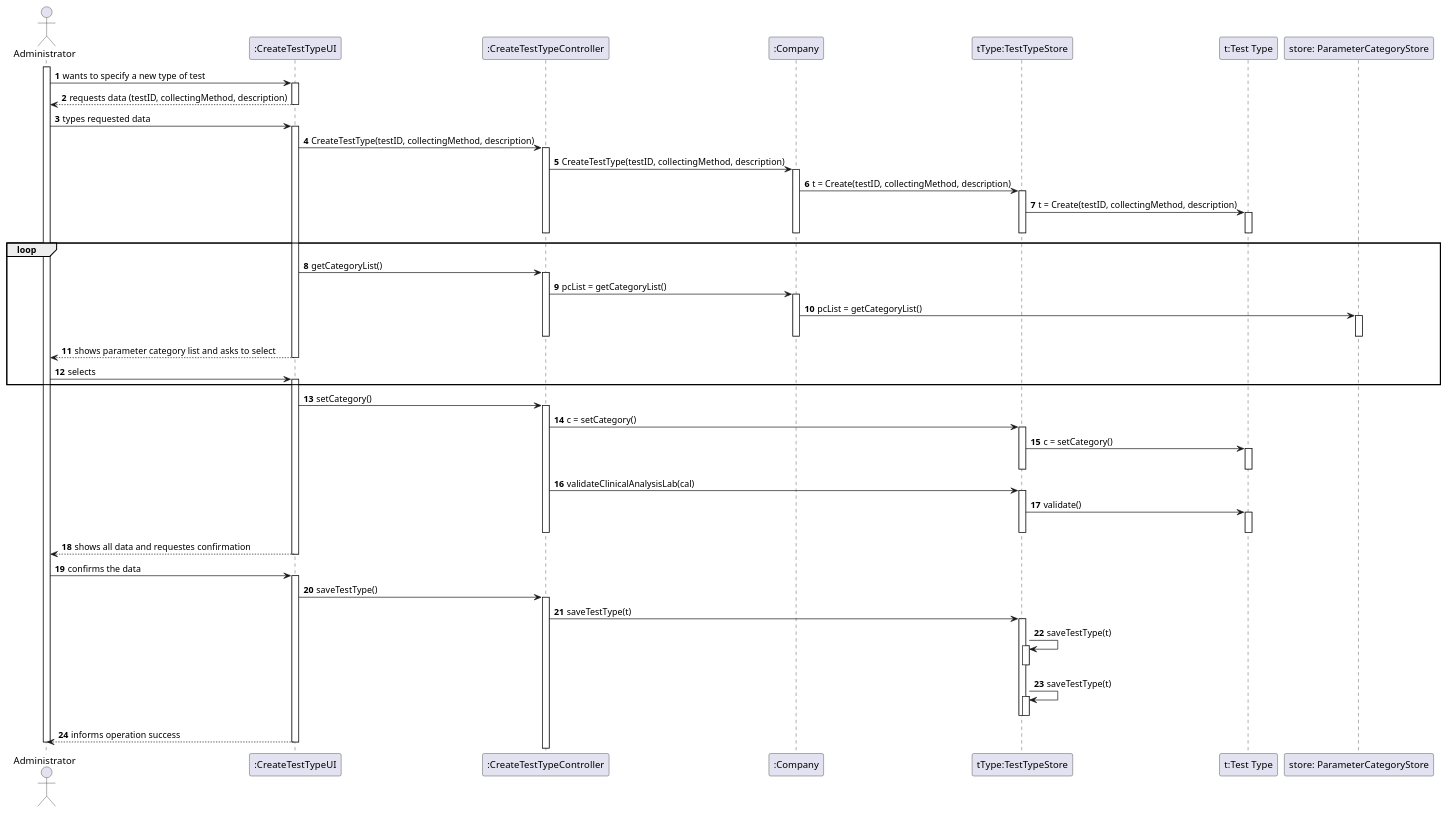
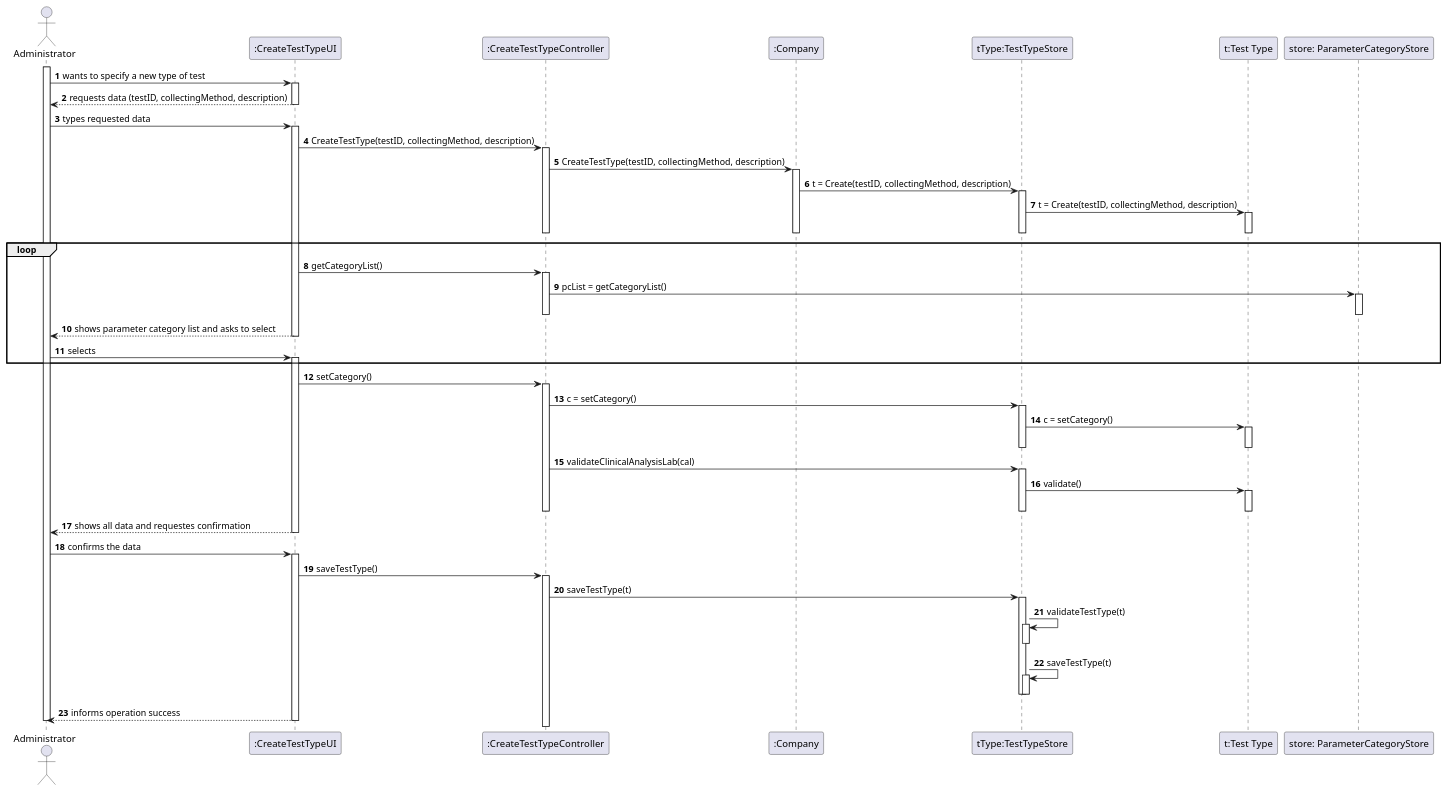
Before and after one commit to MarianaCLages/LAPR2: the diagram in docs/SprintB/US09/US9_SD.puml, drawn with PlantUML. The commit also changed 3 other files, not shown here.

```diff
--- a/docs/SprintB/US09/US9_SD.puml
+++ b/docs/SprintB/US09/US9_SD.puml
@@ -1,85 +1,82 @@
 @startuml
 autonumber
 actor Administrator as A
 participant ":CreateTestTypeUI" as UI
 participant ":CreateTestTypeController" as CTRL
 participant ":Company" as C
 
 participant "tType:TestTypeStore" as STO
 participant "t:Test Type" as T
 participant "store: ParameterCategoryStore" as CAT
 
 activate A
 A -> UI: wants to specify a new type of test
 activate UI
 UI --> A: requests data (testID, collectingMethod, description)
 deactivate UI
 A -> UI: types requested data
 activate UI
 UI -> CTRL: CreateTestType(testID, collectingMethod, description)
 activate CTRL
 CTRL -> C: CreateTestType(testID, collectingMethod, description)
 activate C
 C -> STO: t = Create(testID, collectingMethod, description)
 activate STO
 STO-> T: t = Create(testID, collectingMethod, description)
 activate T
 deactivate T
 deactivate STO
 deactivate C
 deactivate CTRL
 
 loop
 UI -> CTRL: getCategoryList()
 activate CTRL
-CTRL -> C : pcList = getCategoryList()
-activate C
-C->CAT: pcList = getCategoryList()
+CTRL -> CAT : pcList = getCategoryList()
 activate CAT
 deactivate CAT
-deactivate C
 deactivate CTRL
 UI --> A: shows parameter category list and asks to select
 deactivate UI
 A -> UI: selects
 activate UI
 end
 UI -> CTRL: setCategory()
 activate CTRL
 CTRL -> STO: c = setCategory()
 activate STO
 STO -> T: c = setCategory()
 activate T
 deactivate T
 deactivate STO
 deactivate C
 CTRL -> STO: validateClinicalAnalysisLab(cal)
 activate STO
 STO -> T : validate()
 activate T
 deactivate T
 deactivate STO
 deactivate CTRL
 
 UI --> A: shows all data and requestes confirmation
 deactivate UI
 
 A -> UI: confirms the data
 activate UI
 UI-> CTRL : saveTestType()
 activate CTRL
 CTRL -> STO: saveTestType(t)
 activate STO
-STO -> STO : saveTestType(t)
+STO -> STO : validateTestType(t)
 activate STO
 deactivate STO
 STO -> STO : saveTestType(t)
 activate STO
 deactivate STO
 deactivate STO
 UI --> A: informs operation success
 deactivate UI
 deactivate A
 
 
 @enduml
```
